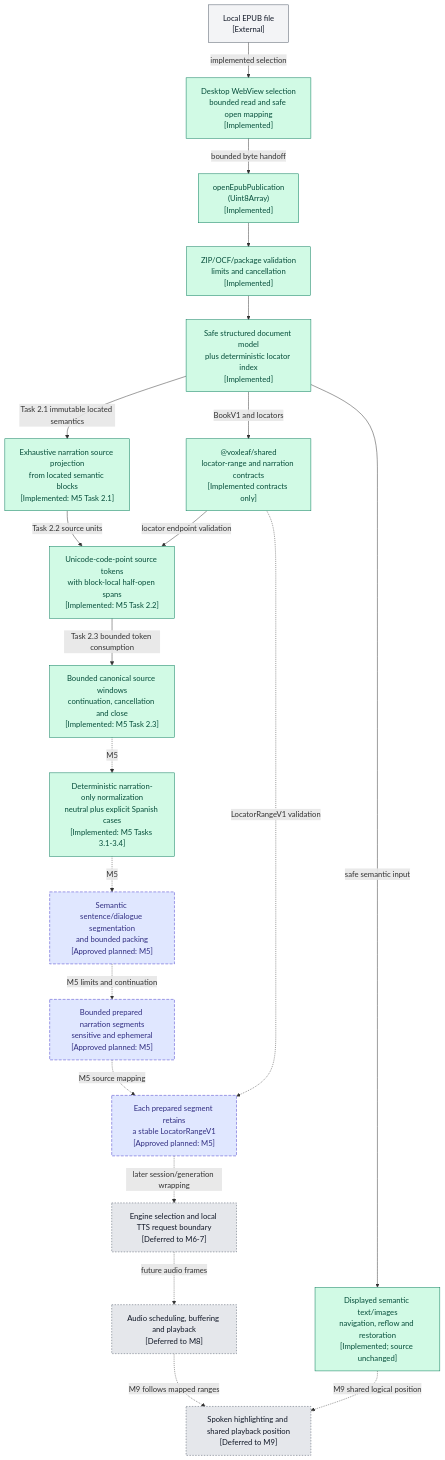
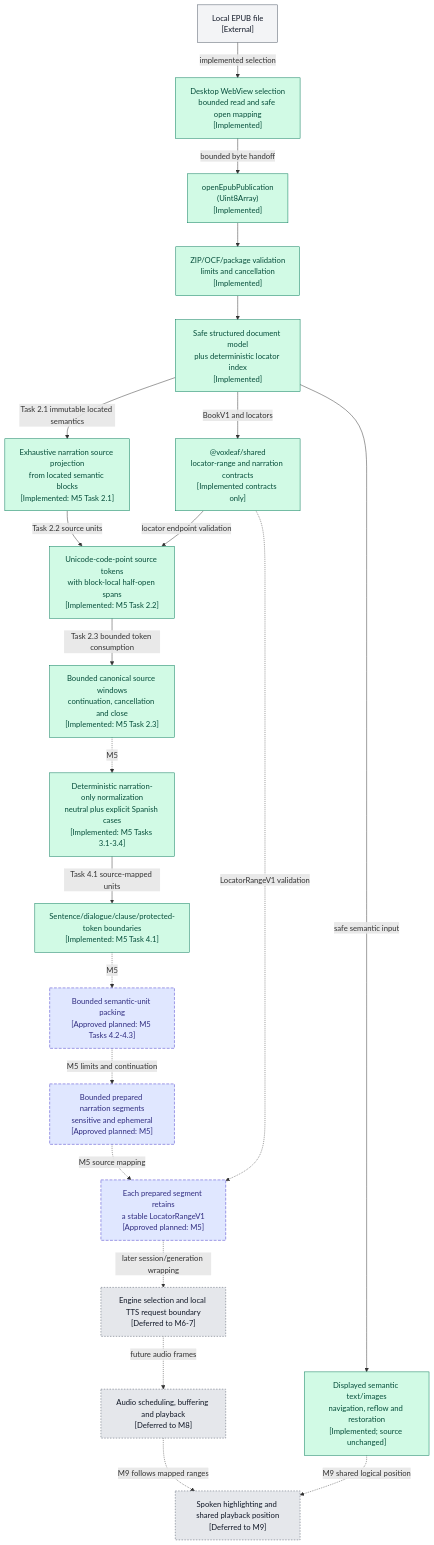
Before and after one commit to mmjosedaniel/voxleaf: the second of 2 diagrams in docs/architecture/system-diagram.md, drawn with Mermaid. The commit also changed other lines of this file and 14 other files, not shown here.

````diff
--- a/docs/architecture/system-diagram.md
+++ b/docs/architecture/system-diagram.md
@@ -99,45 +99,47 @@
 ```mermaid
 flowchart TB
   classDef implemented fill:#d1fae5,stroke:#047857,color:#064e3b
   classDef inprogress fill:#fef3c7,stroke:#b45309,stroke-width:3px,color:#78350f
   classDef planned fill:#e0e7ff,stroke:#4338ca,stroke-dasharray:6 3,color:#312e81
   classDef deferred fill:#e5e7eb,stroke:#4b5563,stroke-dasharray:3 3,color:#111827
   classDef external fill:#f3f4f6,stroke:#4b5563,color:#111827
 
   file["Local EPUB file<br/>[External]"]:::external
   selection["Desktop WebView selection<br/>bounded read and safe open mapping<br/>[Implemented]"]:::implemented
   opener["openEpubPublication<br/>(Uint8Array)<br/>[Implemented]"]:::implemented
   validation["ZIP/OCF/package validation<br/>limits and cancellation<br/>[Implemented]"]:::implemented
   semantics["Safe structured document model<br/>plus deterministic locator index<br/>[Implemented]"]:::implemented
   visualReader["Displayed semantic text/images<br/>navigation, reflow and restoration<br/>[Implemented; source unchanged]"]:::implemented
   contracts["@voxleaf/shared<br/>locator-range and narration contracts<br/>[Implemented contracts only]"]:::implemented
   sourceSelection["Exhaustive narration source projection<br/>from located semantic blocks<br/>[Implemented: M5 Task 2.1]"]:::implemented
   sourceMapping["Unicode-code-point source tokens<br/>with block-local half-open spans<br/>[Implemented: M5 Task 2.2]"]:::implemented
   sourceWindow["Bounded canonical source windows<br/>continuation, cancellation and close<br/>[Implemented: M5 Task 2.3]"]:::implemented
   normalization["Deterministic narration-only normalization<br/>neutral plus explicit Spanish cases<br/>[Implemented: M5 Tasks 3.1-3.4]"]:::implemented
-  segmentation["Semantic sentence/dialogue segmentation<br/>and bounded packing<br/>[Approved planned: M5]"]:::planned
+  boundaryScan["Sentence/dialogue/clause/protected-token boundaries<br/>[Implemented: M5 Task 4.1]"]:::implemented
+  segmentation["Bounded semantic-unit packing<br/>[Approved planned: M5 Tasks 4.2-4.3]"]:::planned
   boundedSegments["Bounded prepared narration segments<br/>sensitive and ephemeral<br/>[Approved planned: M5]"]:::planned
   mappedSegments["Each prepared segment retains<br/>a stable LocatorRangeV1<br/>[Approved planned: M5]"]:::planned
   ttsBoundary["Engine selection and local TTS request boundary<br/>[Deferred to M6-7]"]:::deferred
   audioPipeline["Audio scheduling, buffering and playback<br/>[Deferred to M8]"]:::deferred
   synchronizedReader["Spoken highlighting and shared playback position<br/>[Deferred to M9]"]:::deferred
 
   file -->|implemented selection| selection
   selection -->|bounded byte handoff| opener
   opener --> validation --> semantics
   semantics -->|safe semantic input| visualReader
   semantics -->|BookV1 and locators| contracts
   semantics -->|Task 2.1 immutable located semantics| sourceSelection
   sourceSelection -->|Task 2.2 source units| sourceMapping
   contracts -->|locator endpoint validation| sourceMapping
   sourceMapping -->|Task 2.3 bounded token consumption| sourceWindow
   sourceWindow -.->|M5| normalization
-  normalization -.->|M5| segmentation
+  normalization -->|Task 4.1 source-mapped units| boundaryScan
+  boundaryScan -.->|M5| segmentation
   segmentation -.->|M5 limits and continuation| boundedSegments
   boundedSegments -.->|M5 source mapping| mappedSegments
   contracts -.->|LocatorRangeV1 validation| mappedSegments
   mappedSegments -.->|later session/generation wrapping| ttsBoundary
   ttsBoundary -.->|future audio frames| audioPipeline
   audioPipeline -.->|M9 follows mapped ranges| synchronizedReader
   visualReader -.->|M9 shared logical position| synchronizedReader
 ```
````
